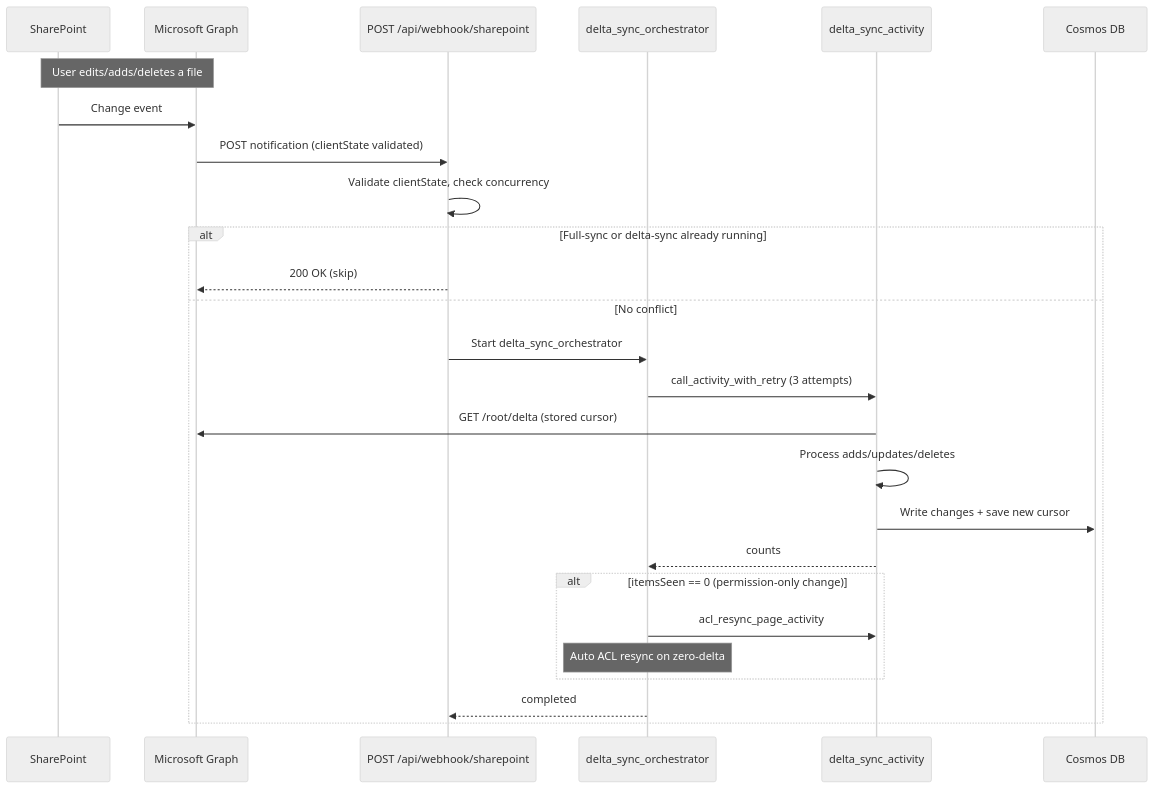
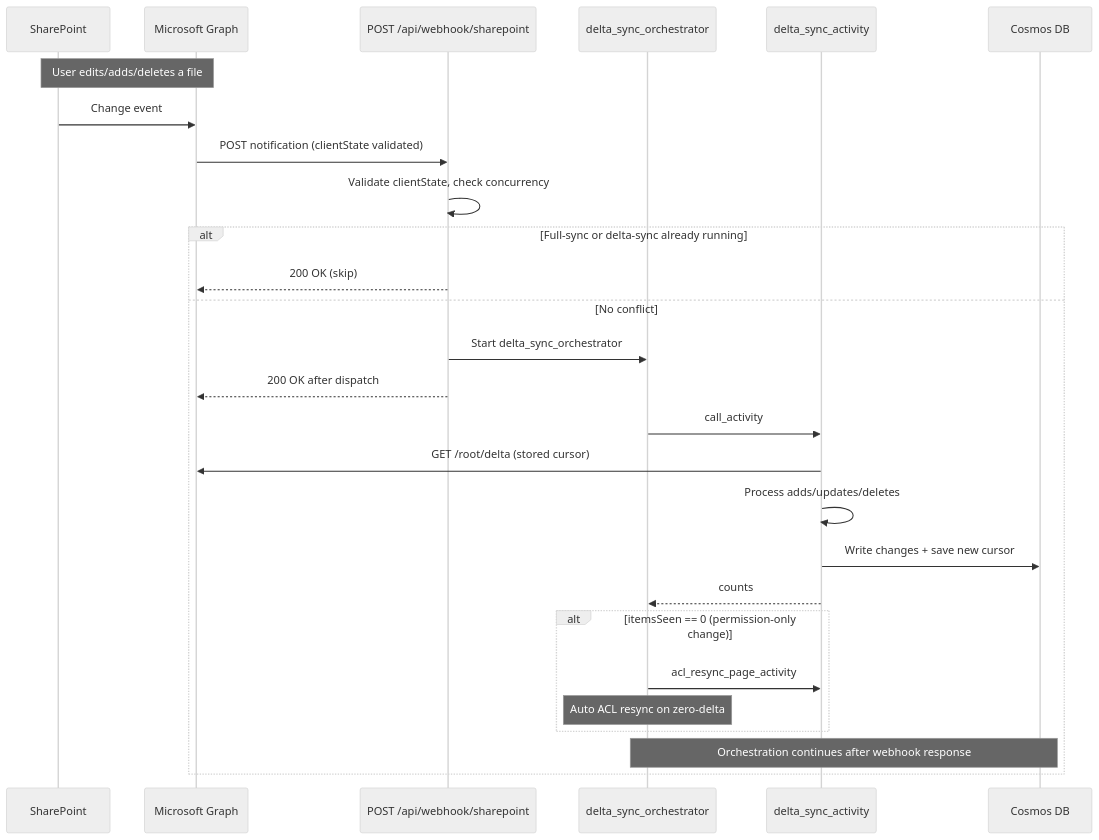
The fifth of 11 diagrams in docs/ARCHITECTURE.md (HariVamsiChittari/enterprise-rag-pipeline), drawn with Mermaid (neutral theme) before and after one commit. The commit also changed other lines of this file and 108 other files, not shown here.

````diff
--- a/docs/ARCHITECTURE.md
+++ b/docs/ARCHITECTURE.md
@@ -196,29 +206,30 @@
 ```mermaid
 sequenceDiagram
     participant SP as SharePoint
     participant Graph as Microsoft Graph
     participant Webhook as POST /api/webhook/sharepoint
     participant Orch as delta_sync_orchestrator
     participant Act as delta_sync_activity
     participant Cosmos as Cosmos DB
 
     Note over SP,Graph: User edits/adds/deletes a file
     SP->>Graph: Change event
     Graph->>Webhook: POST notification (clientState validated)
     Webhook->>Webhook: Validate clientState, check concurrency
     alt Full-sync or delta-sync already running
         Webhook-->>Graph: 200 OK (skip)
     else No conflict
         Webhook->>Orch: Start delta_sync_orchestrator
-        Orch->>Act: call_activity_with_retry (3 attempts)
+        Webhook-->>Graph: 200 OK after dispatch
+        Orch->>Act: call_activity
         Act->>Graph: GET /root/delta (stored cursor)
         Act->>Act: Process adds/updates/deletes
         Act->>Cosmos: Write changes + save new cursor
         Act-->>Orch: counts
         alt itemsSeen == 0 (permission-only change)
             Orch->>Act: acl_resync_page_activity
             Note over Orch: Auto ACL resync on zero-delta
         end
-        Orch-->>Webhook: completed
+        Note over Orch,Cosmos: Orchestration continues after webhook response
     end
 ```
````
